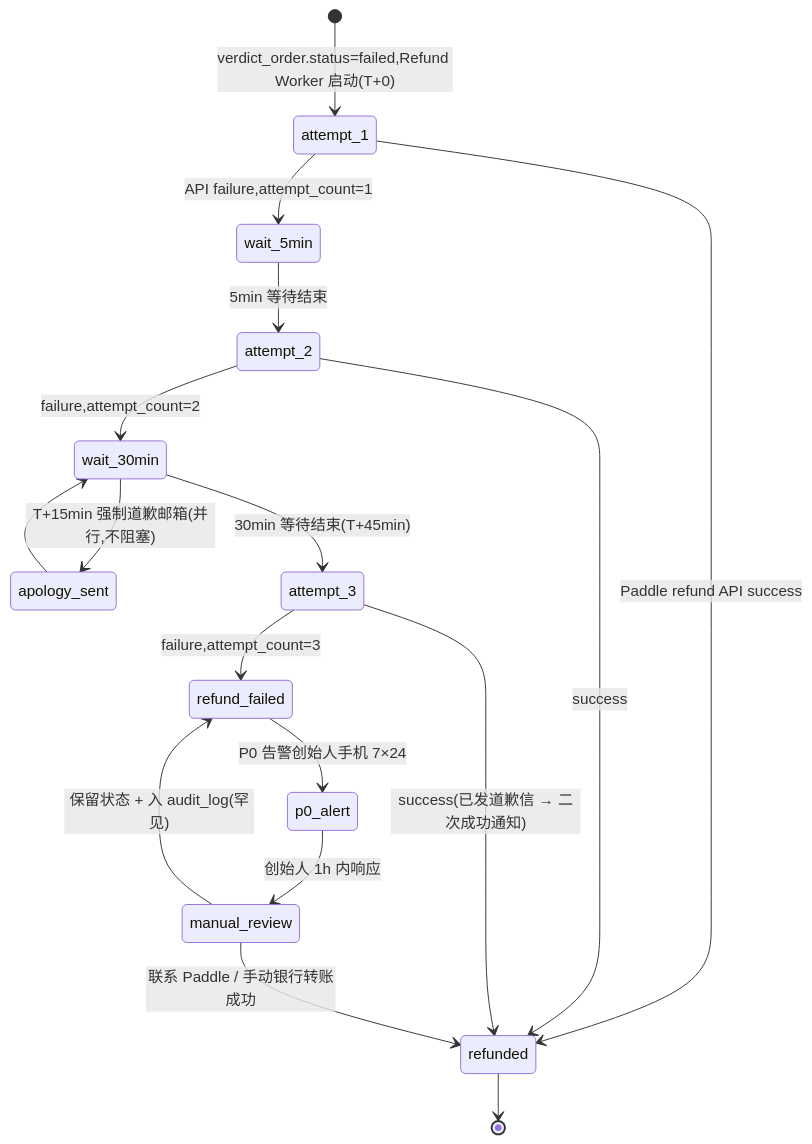
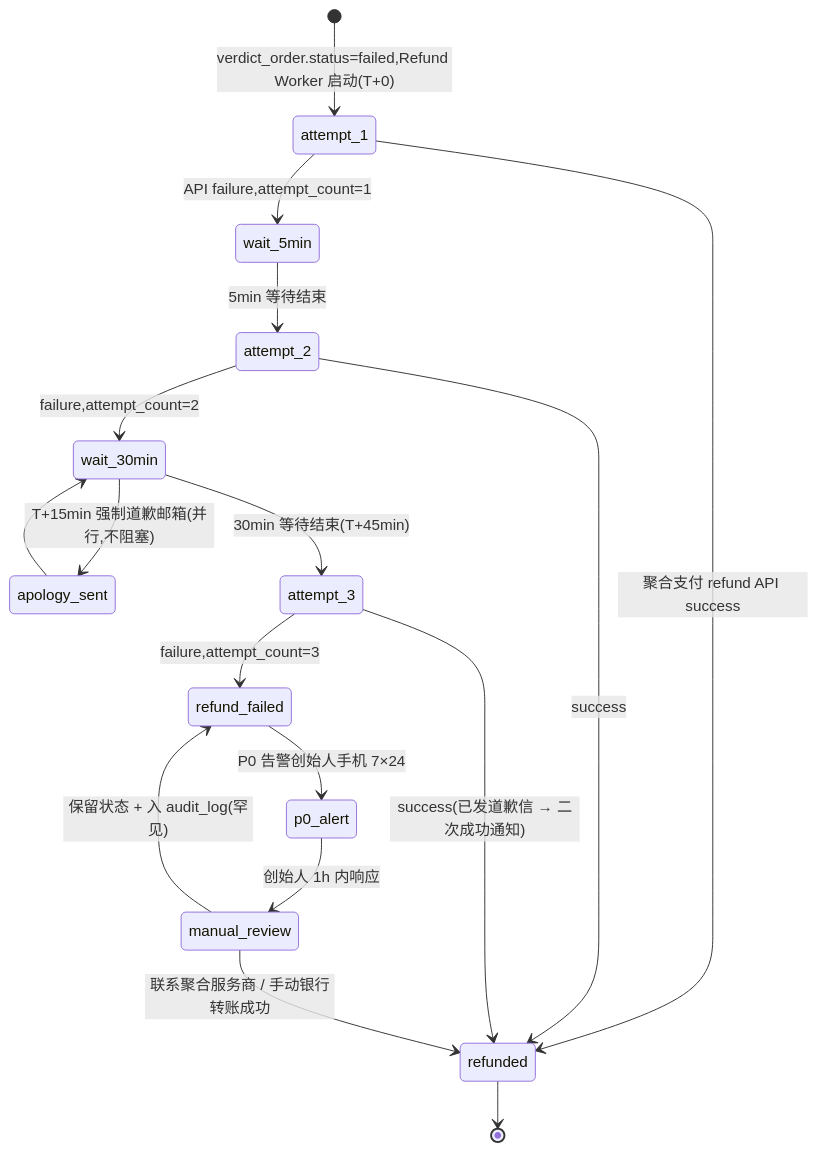
One commit to kitesky/idcd changed the sixth of 11 diagrams in docs/prd/STATE-MACHINES.md. Above: the diagram before and after it, drawn with Mermaid. The commit also changed other lines of this file and 60 other files, not shown here.

````diff
--- a/docs/prd/STATE-MACHINES.md
+++ b/docs/prd/STATE-MACHINES.md
@@ -296,19 +296,19 @@
 ```mermaid
 stateDiagram-v2
     [*] --> attempt_1: verdict_order.status=failed,Refund Worker 启动(T+0)
-    attempt_1 --> refunded: Paddle refund API success
+    attempt_1 --> refunded: 聚合支付 refund API success
     attempt_1 --> wait_5min: API failure,attempt_count=1
     wait_5min --> attempt_2: 5min 等待结束
     attempt_2 --> refunded: success
     attempt_2 --> wait_30min: failure,attempt_count=2
     wait_30min --> apology_sent: T+15min 强制道歉邮箱(并行,不阻塞)
     apology_sent --> wait_30min
     wait_30min --> attempt_3: 30min 等待结束(T+45min)
     attempt_3 --> refunded: success(已发道歉信 → 二次成功通知)
     attempt_3 --> refund_failed: failure,attempt_count=3
     refund_failed --> p0_alert: P0 告警创始人手机 7×24
     p0_alert --> manual_review: 创始人 1h 内响应
-    manual_review --> refunded: 联系 Paddle / 手动银行转账成功
+    manual_review --> refunded: 联系聚合服务商 / 手动银行转账成功
     manual_review --> refund_failed: 保留状态 + 入 audit_log(罕见)
     refunded --> [*]
 ```
````
